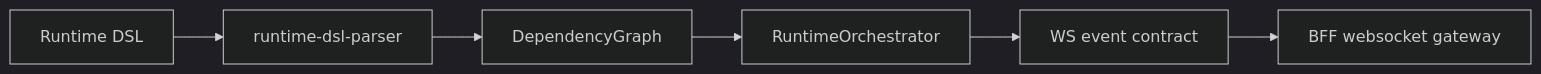
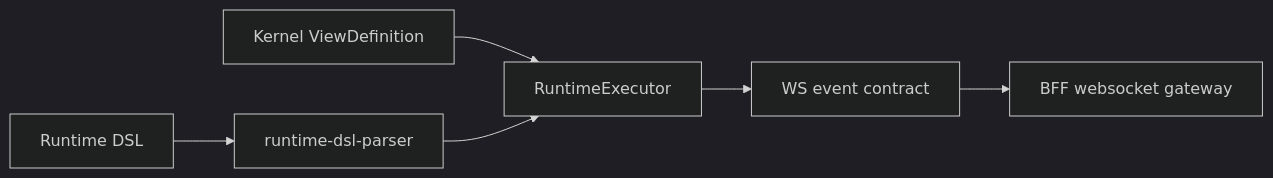
Before and after one commit to zhongmiao-org/meta-lc-platform: the diagram in packages/runtime/README.md, drawn with Mermaid (dark theme). The commit also changed other lines of this file and 83 other files, not shown here.

Commit message:
refactor(architecture): finalize runtime gateway boundaries (#118)

````diff
--- a/packages/runtime/README.md
+++ b/packages/runtime/README.md
@@ -28,8 +29,8 @@
 ```mermaid
 flowchart LR
+  View["Kernel ViewDefinition"] --> Executor["RuntimeExecutor"]
   Dsl["Runtime DSL"] --> Parser["runtime-dsl-parser"]
-  Parser --> Deps["DependencyGraph"]
-  Deps --> Orchestrator["RuntimeOrchestrator"]
-  Orchestrator --> Event["WS event contract"]
+  Parser --> Executor
+  Executor --> Event["WS event contract"]
   Event --> BFF["BFF websocket gateway"]
 ```
````
